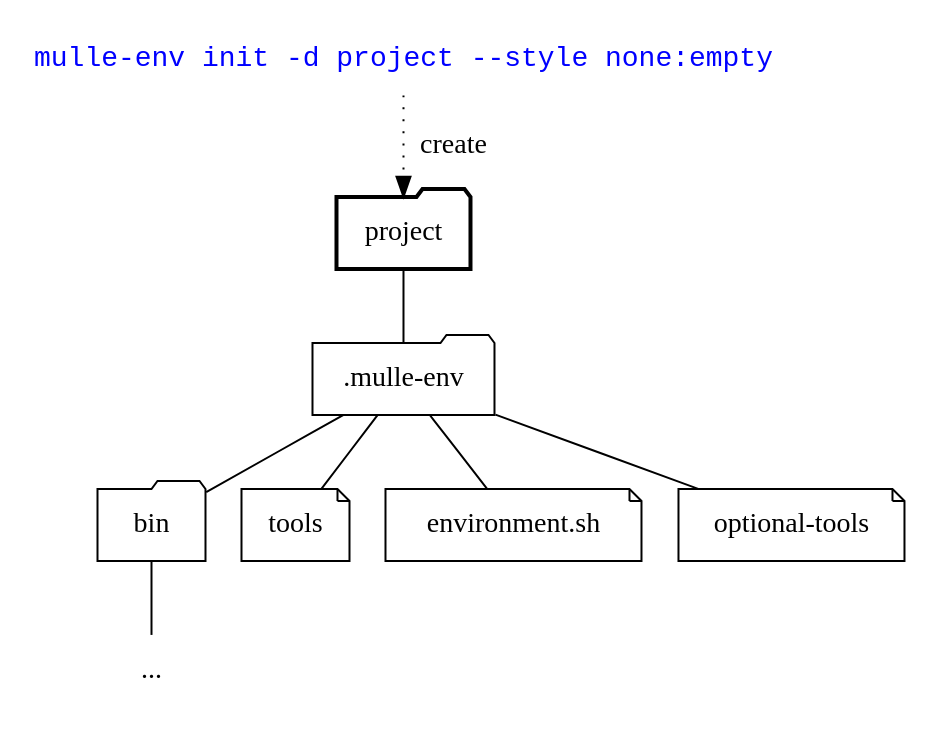
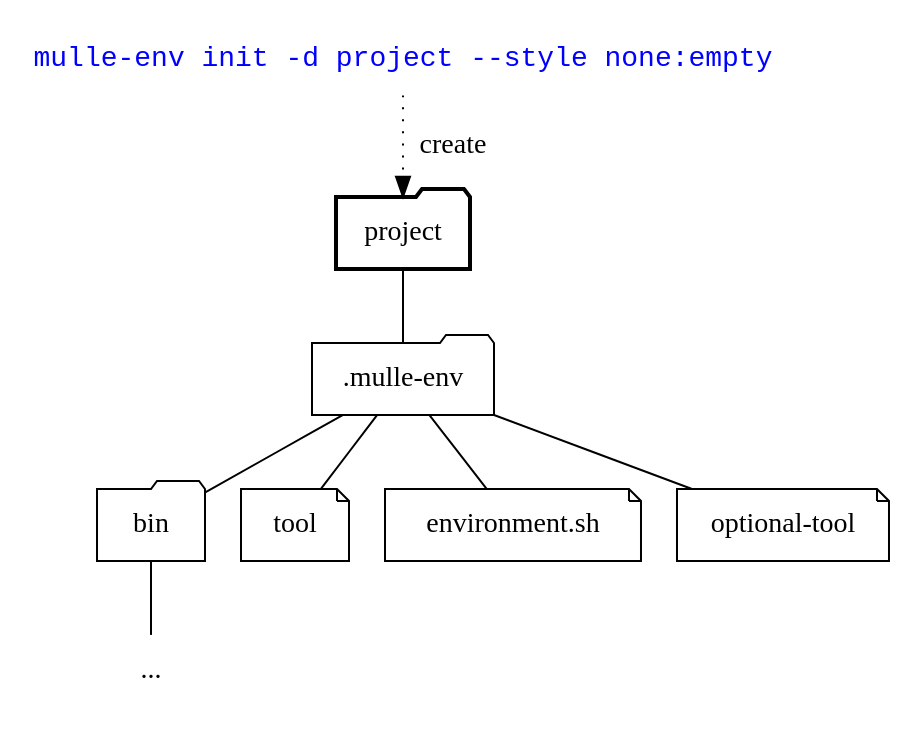
The diagram in dox/mulle-env-overview.dot (mulle-sde/mulle-env), drawn with Graphviz before and after one commit. The commit also changed 4 other files, not shown here.

```diff
--- a/dox/mulle-env-overview.dot
+++ b/dox/mulle-env-overview.dot
@@ -1,27 +1,27 @@
 digraph G {
     graph [rankdir = TD];
 
     node[shape=note];
     edge[arrowhead=none];
 
         "mulle-env init" [ label="mulle-env init -d project --style none:empty",
                            fontname="monospace",
                            fontcolor="blue",
                            shape="none" ]
 
         "mulle-env init" -> "project" [ arrowhead="", style="dotted", label=" create"]
          "project"     [ shape="folder", penwidth="2" ]
         ".mulle-env"   [ shape="folder" ]
         "bin"          [ shape="folder" ]
 
-        "tools"
+        "tool"
         "environment.sh"
 
         "project" ->  ".mulle-env"
         ".mulle-env" -> "environment.sh"
-        ".mulle-env" -> "tools"
-        ".mulle-env" -> "optional-tools"
+        ".mulle-env" -> "tool"
+        ".mulle-env" -> "optional-tool"
         ".mulle-env" -> "bin"
         "bin" ->     "..."
         "..." [ shape="none"]
 }
```
